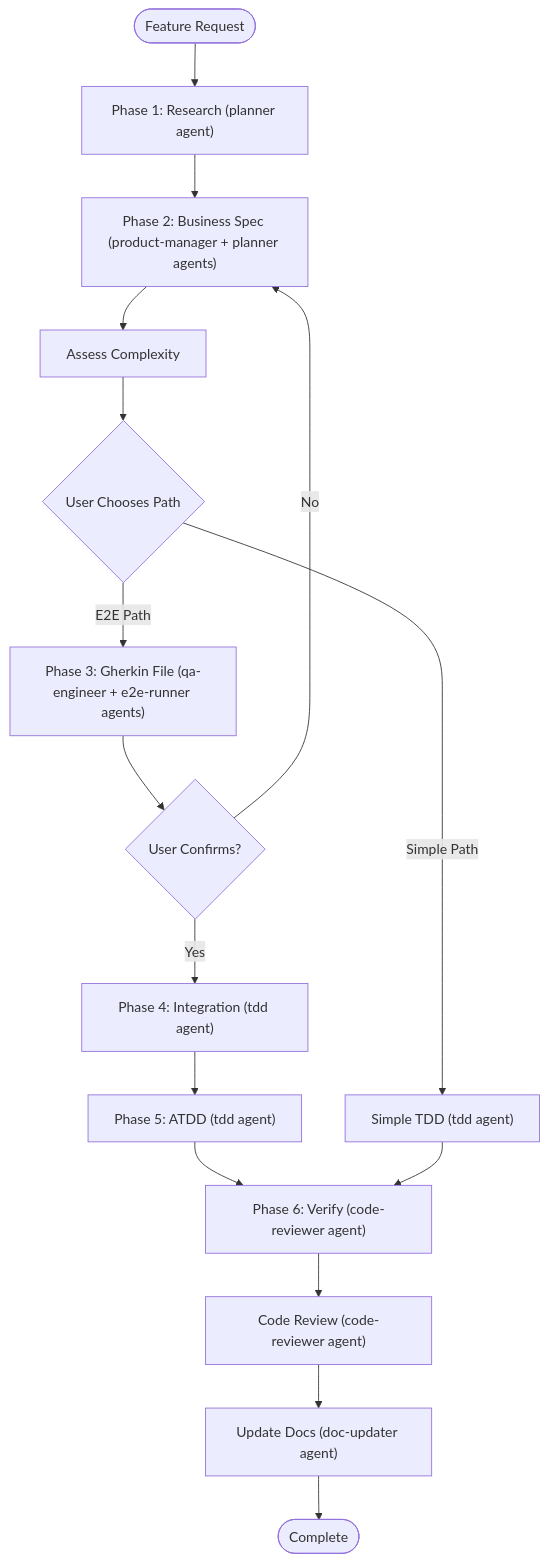
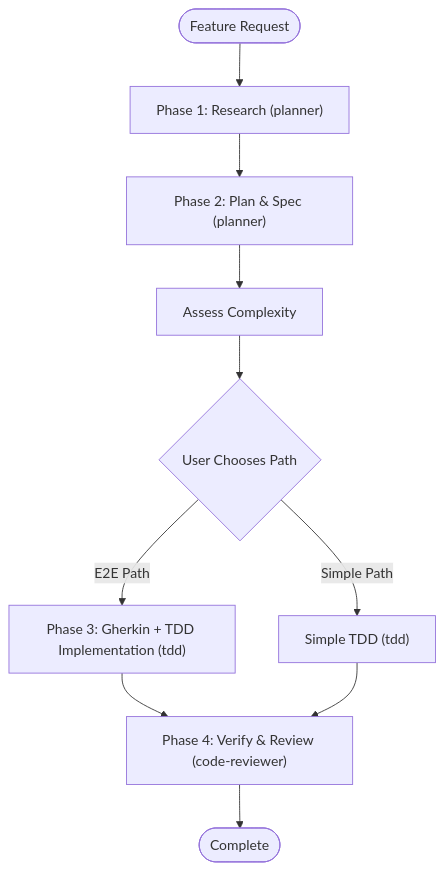
Before and after one commit to ZhengguangHan/eShopOnWeb: the diagram in skills/spec-driven-development/SKILL.md, drawn with Mermaid. The commit also changed other lines of this file and 3 other files, not shown here.

````diff
--- a/skills/spec-driven-development/SKILL.md
+++ b/skills/spec-driven-development/SKILL.md
@@ -38,21 +38,15 @@
 ```mermaid
 flowchart TD
-    Start([Feature Request]) --> P1["Phase 1: Research (planner agent)"]
-    P1 --> P2["Phase 2: Business Spec (product-manager + planner agents)"]
+    Start([Feature Request]) --> P1["Phase 1: Research (planner)"]
+    P1 --> P2["Phase 2: Plan & Spec (planner)"]
     P2 --> Assess[Assess Complexity]
     Assess --> UserChoice{User Chooses Path}
     
-    UserChoice --> |E2E Path| P3["Phase 3: Gherkin File (qa-engineer + e2e-runner agents)"]
-    P3 --> Confirm{User Confirms?}
-    Confirm --> |No| P2
-    Confirm --> |Yes| P4["Phase 4: Integration (tdd agent)"]
-    P4 --> P5["Phase 5: ATDD (tdd agent)"]
-    P5 --> P6["Phase 6: Verify (code-reviewer agent)"]
+    UserChoice --> |E2E Path| P3["Phase 3: Gherkin + TDD Implementation (tdd)"]
+    P3 --> P4["Phase 4: Verify & Review (code-reviewer)"]
     
-    UserChoice --> |Simple Path| SimpleTDD["Simple TDD (tdd agent)"]
-    SimpleTDD --> P6
+    UserChoice --> |Simple Path| SimpleTDD["Simple TDD (tdd)"]
+    SimpleTDD --> P4
     
-    P6 --> Review["Code Review (code-reviewer agent)"]
-    Review --> DocUpdate["Update Docs (doc-updater agent)"]
-    DocUpdate --> Done([Complete])
+    P4 --> Done([Complete])
 ```
````
